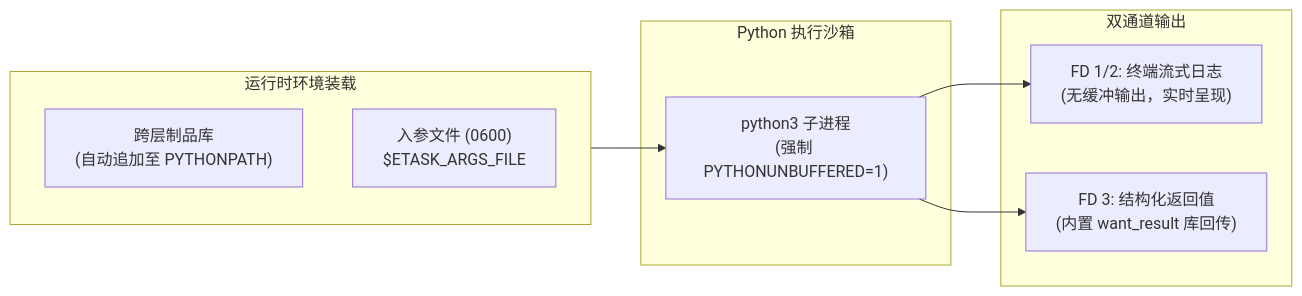
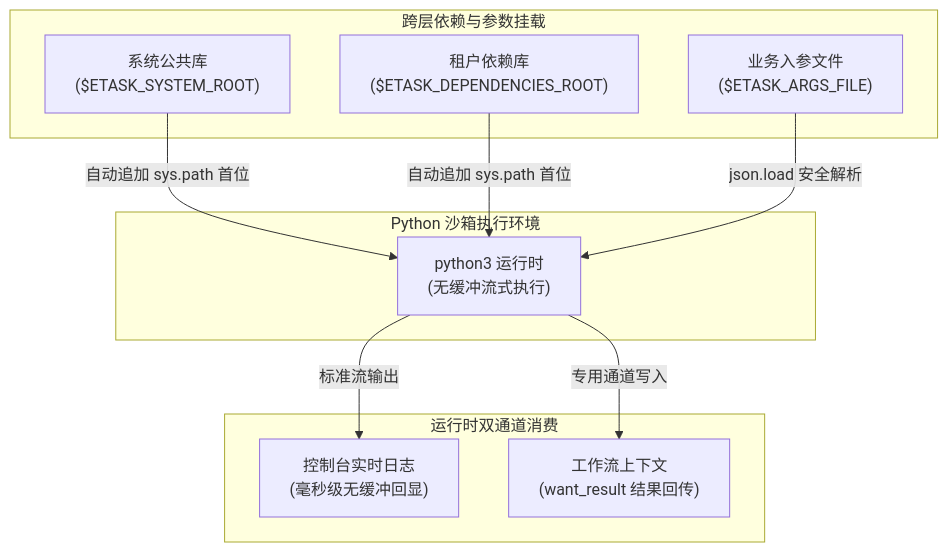
Before and after one commit to Duke1616/duke1616.github.io: the diagram in docs/task/runner/python.md, drawn with Mermaid. The commit also changed other lines of this file and 7 other files, not shown here.

Commit message:
docs(task): 重构异构执行引擎体系文档与架构全景图，统称单文件与项目级运行

````diff
--- a/docs/task/runner/python.md
+++ b/docs/task/runner/python.md
@@ -5,20 +5,22 @@
 ```mermaid
-flowchart LR
-    subgraph Mounts ["运行时环境装载"]
-        Art["跨层制品库<br/>(自动追加至 PYTHONPATH)"]
-        Args["入参文件 (0600)<br/>$ETASK_ARGS_FILE"]
+flowchart TD
+    subgraph Mounts ["跨层依赖与参数挂载"]
+        SysLib["系统公共库<br/>($ETASK_SYSTEM_ROOT)"]
+        TenantLib["租户依赖库<br/>($ETASK_DEPENDENCIES_ROOT)"]
+        Args["业务入参文件<br/>($ETASK_ARGS_FILE)"]
     end
 
-    subgraph Runtime ["Python 执行沙箱"]
-        Py["python3 子进程<br/>(强制 PYTHONUNBUFFERED=1)"]
+    subgraph Sandbox ["Python 沙箱执行环境"]
+        Runner["python3 运行时<br/>(无缓冲流式执行)"]
     end
 
-    subgraph Outputs ["双通道输出"]
-        Log["FD 1/2: 终端流式日志<br/>(无缓冲输出，实时呈现)"]
-        Result["FD 3: 结构化返回值<br/>(内置 want_result 库回传)"]
+    subgraph Channels ["运行时双通道消费"]
+        Console["控制台实时日志<br/>(毫秒级无缓冲回显)"]
+        FD3["工作流上下文<br/>(want_result 结果回传)"]
     end
 
-    Mounts --> Py
-    Py --> Log
-    Py --> Result
+    SysLib & TenantLib -->|"自动追加 sys.path 首位"| Runner
+    Args -->|"json.load 安全解析"| Runner
+    Runner -->|"标准流输出"| Console
+    Runner -->|"专用通道写入"| FD3
 ```
````
